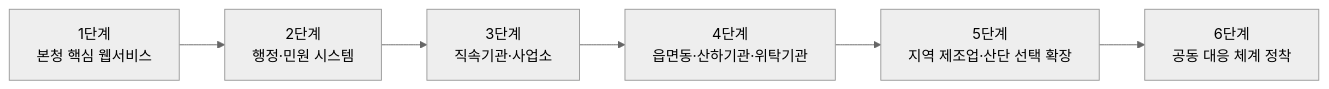
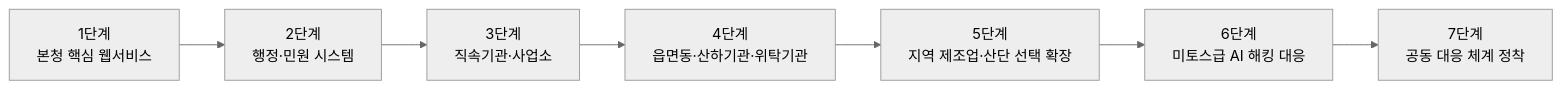
One commit to qubitsec/plura changed the seventh of 7 diagrams in ko/proposal/local-government/full.md. Above: the diagram before and after it, drawn with Mermaid (neutral theme). The commit also changed other lines of this file, not shown here.

````diff
--- a/ko/proposal/local-government/full.md
+++ b/ko/proposal/local-government/full.md
@@ -461,8 +525,9 @@
 ```mermaid
 flowchart LR
     R1[1단계<br>본청 핵심 웹서비스] --> R2[2단계<br>행정·민원 시스템]
     R2 --> R3[3단계<br>직속기관·사업소]
     R3 --> R4[4단계<br>읍면동·산하기관·위탁기관]
     R4 --> R5[5단계<br>지역 제조업·산단 선택 확장]
-    R5 --> R6[6단계<br>공동 대응 체계 정착]
+    R5 --> R6[6단계<br>미토스급 AI 해킹 대응]
+    R6 --> R7[7단계<br>공동 대응 체계 정착]
 ```
````
